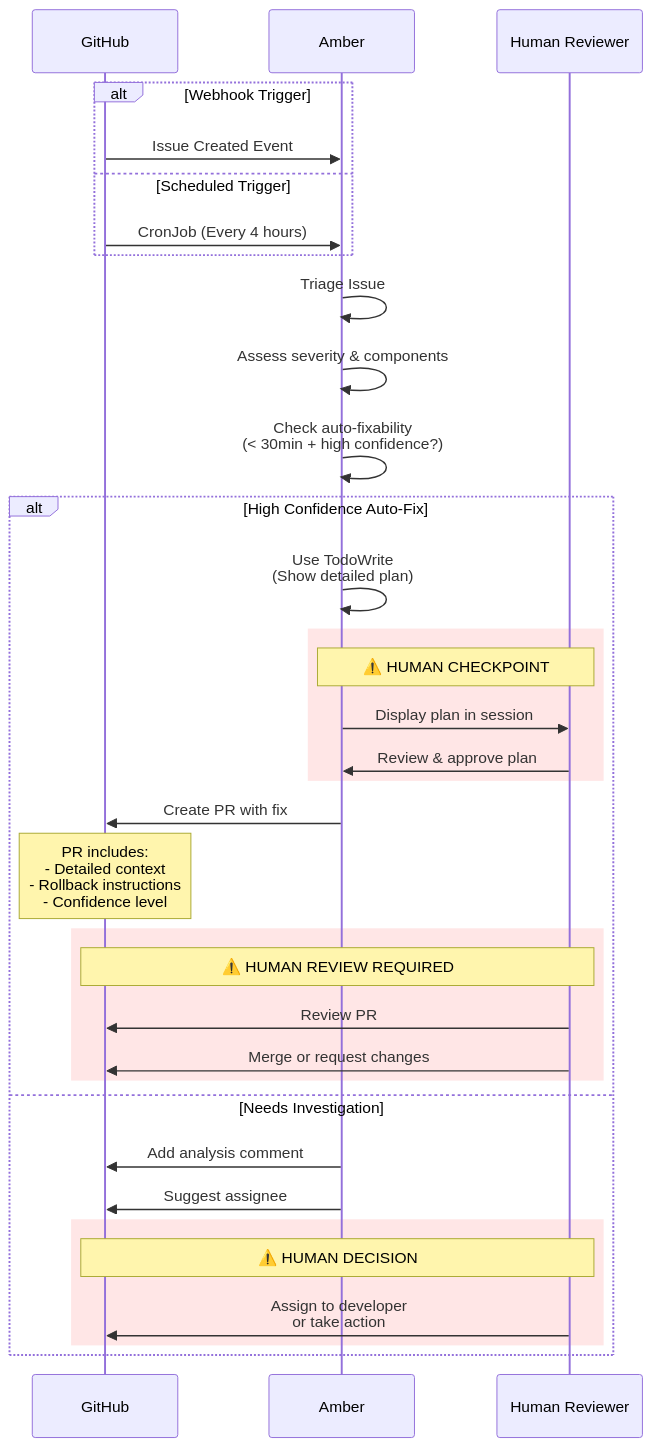
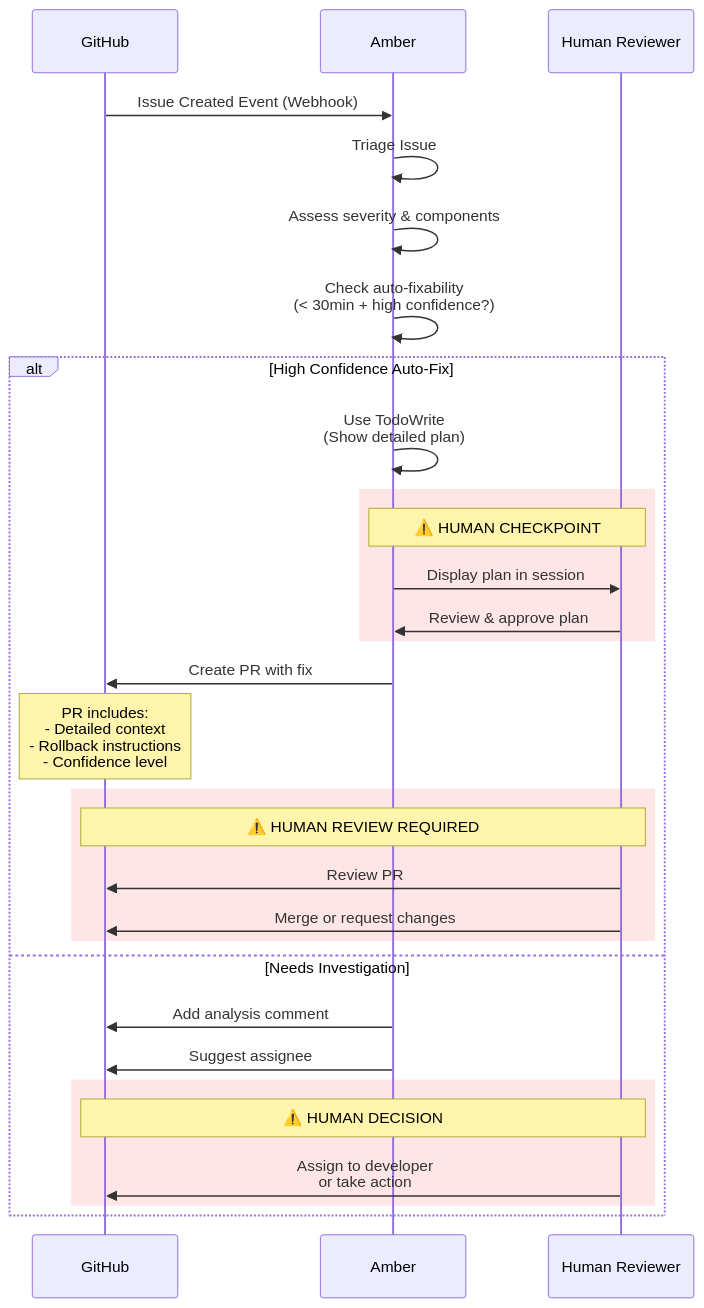
Before and after one commit to ambient-code/vTeam: the second of 4 diagrams in docs/user-guide/working-with-amber.md, drawn with Mermaid. The commit also changed other lines of this file, not shown here.

````diff
--- a/docs/user-guide/working-with-amber.md
+++ b/docs/user-guide/working-with-amber.md
@@ -227,39 +226,34 @@
 ```mermaid
 sequenceDiagram
     participant GH as GitHub
     participant A as Amber
     participant U as Human Reviewer
 
-    alt Webhook Trigger
-        GH->>A: Issue Created Event
-    else Scheduled Trigger
-        GH->>A: CronJob (Every 4 hours)
-    end
-
+    GH->>A: Issue Created Event (Webhook)
     A->>A: Triage Issue
     A->>A: Assess severity & components
     A->>A: Check auto-fixability<br/>(< 30min + high confidence?)
 
     alt High Confidence Auto-Fix
         A->>A: Use TodoWrite<br/>(Show detailed plan)
         rect rgb(255, 230, 230)
             Note over A,U: ⚠️ HUMAN CHECKPOINT
             A->>U: Display plan in session
             U->>A: Review & approve plan
         end
         A->>GH: Create PR with fix
         Note over GH: PR includes:<br/>- Detailed context<br/>- Rollback instructions<br/>- Confidence level
         rect rgb(255, 230, 230)
             Note over GH,U: ⚠️ HUMAN REVIEW REQUIRED
             U->>GH: Review PR
             U->>GH: Merge or request changes
         end
     else Needs Investigation
         A->>GH: Add analysis comment
         A->>GH: Suggest assignee
         rect rgb(255, 230, 230)
             Note over GH,U: ⚠️ HUMAN DECISION
             U->>GH: Assign to developer<br/>or take action
         end
     end
 ```
````
